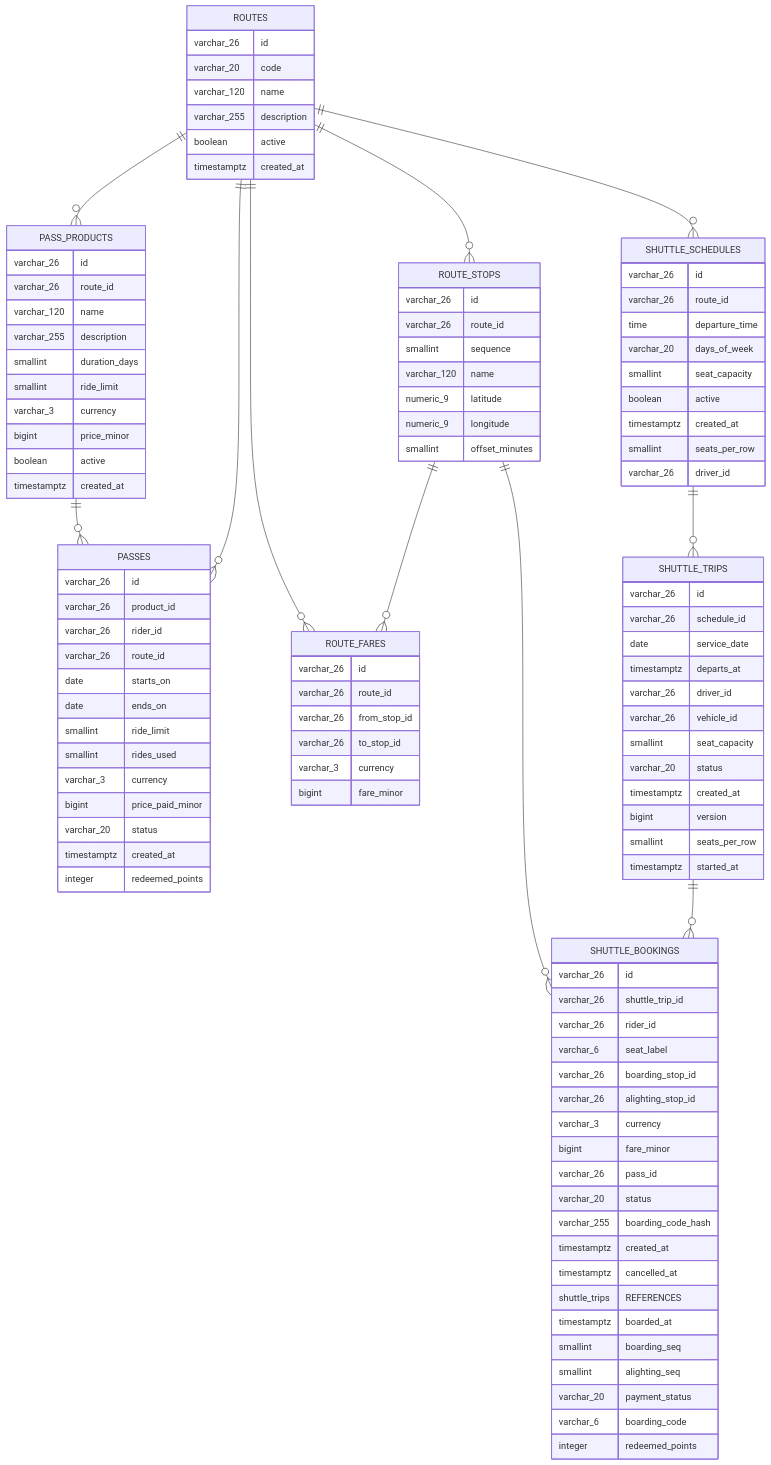
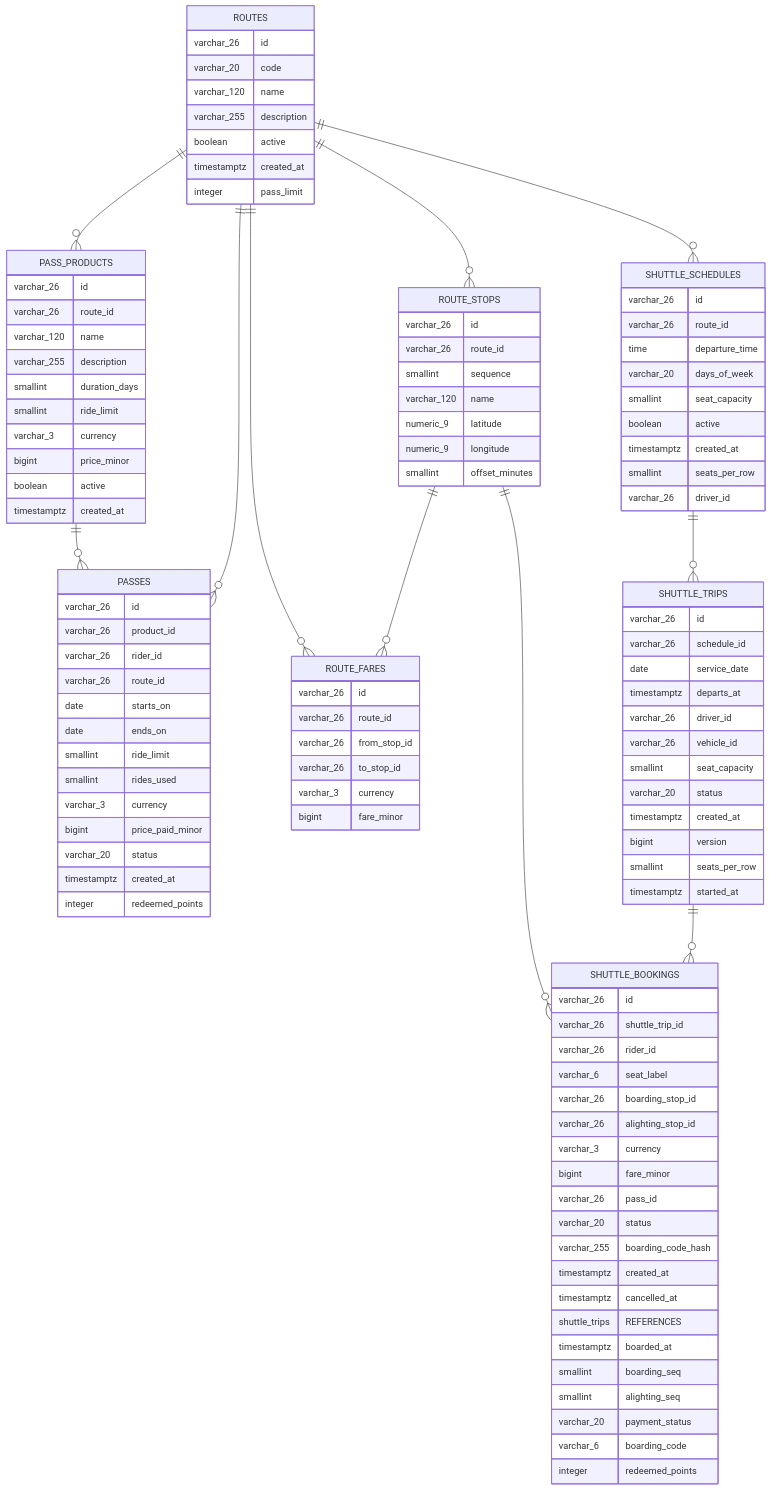
One commit to kumarprince06/ridex-platform changed the fourth of 9 diagrams in docs/09-Project-ERD.md. Above: the diagram before and after it, drawn with Mermaid. The commit also changed other lines of this file and 2 other files, not shown here.

Commit message:
docs: regenerate API contract, ERD and notification matrix

```diff
--- a/docs/09-Project-ERD.md
+++ b/docs/09-Project-ERD.md
@@ -364,6 +364,7 @@
       varchar_255 description
       boolean active
       timestamptz created_at
+      integer pass_limit
     }
     ROUTE_STOPS {
       varchar_26 id
```
